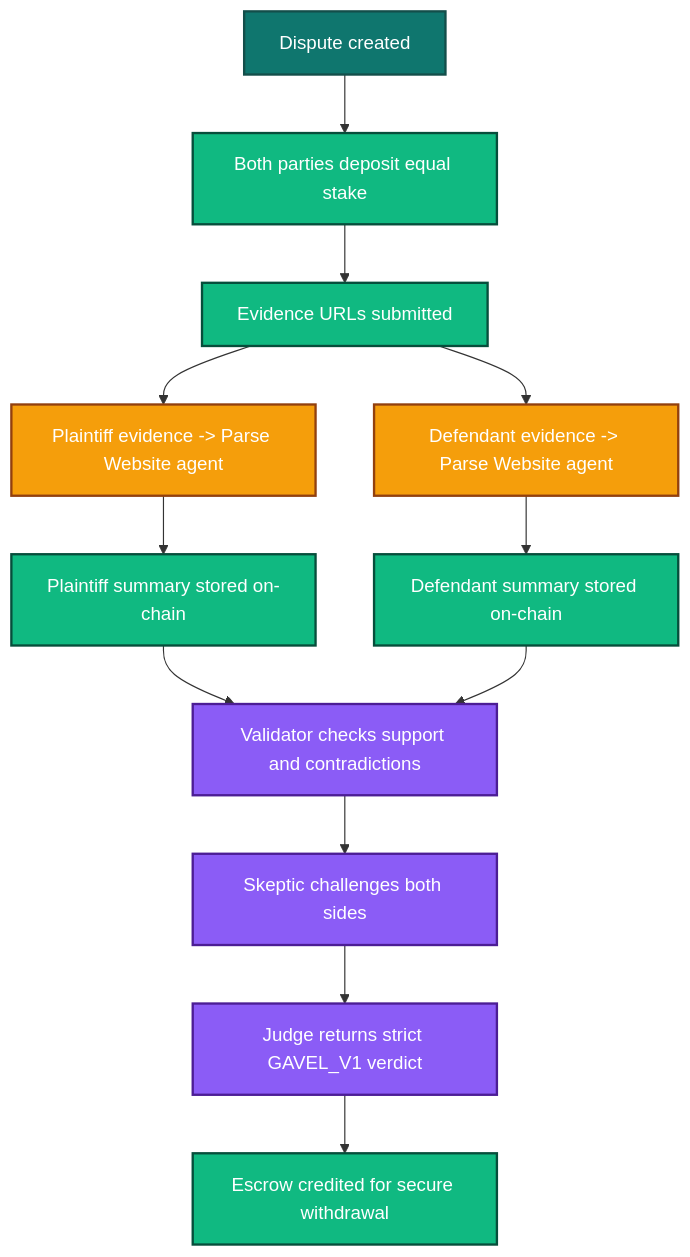
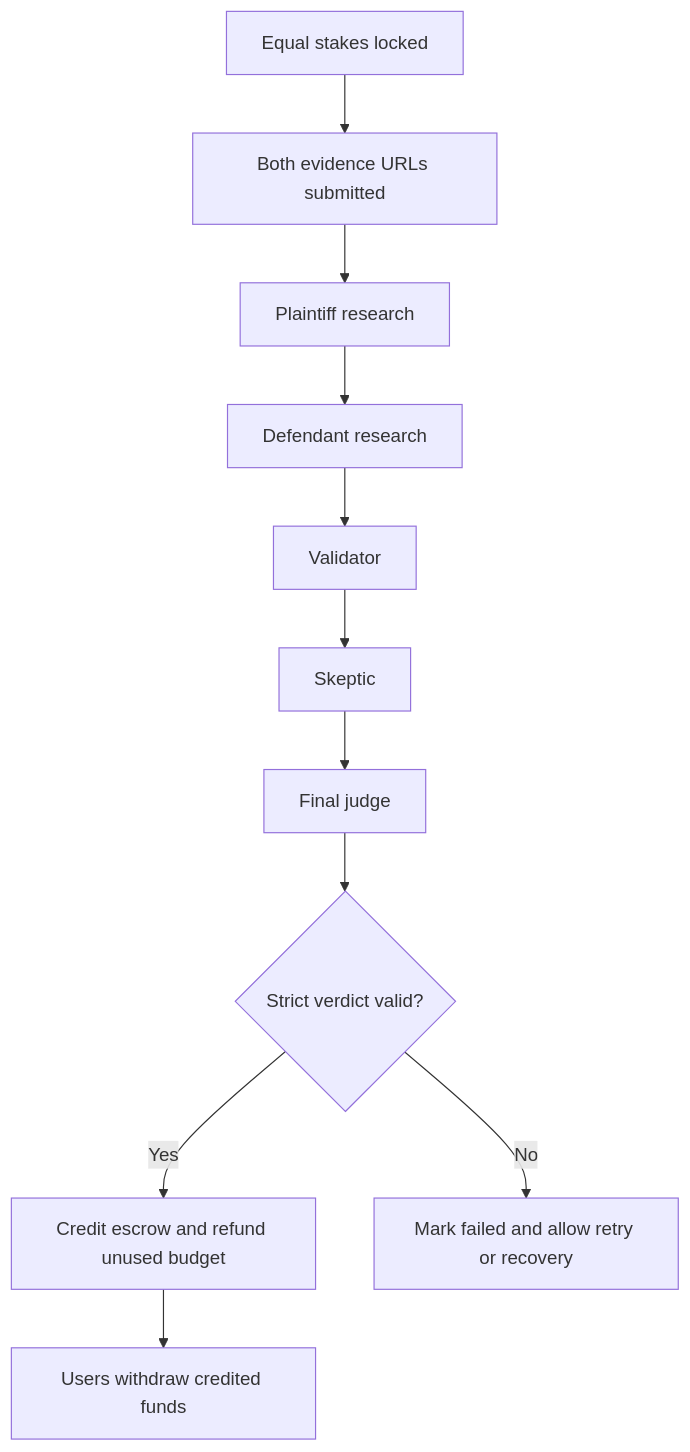
Before and after one commit to NikhilRaikwar/Gavel: the first of 2 diagrams in README.md, drawn with Mermaid. The commit also changed other lines of this file and 17 other files, not shown here.

````diff
--- a/README.md
+++ b/README.md
@@ -181,20 +53,13 @@
 ```mermaid
 flowchart TD
-  classDef start fill:#0f766e,stroke:#134e4a,color:#ffffff,stroke-width:2px;
-  classDef research fill:#f59e0b,stroke:#92400e,color:#ffffff,stroke-width:2px;
-  classDef judge fill:#8b5cf6,stroke:#4c1d95,color:#ffffff,stroke-width:2px;
-  classDef escrow fill:#10b981,stroke:#064e3b,color:#ffffff,stroke-width:2px;
-  classDef warn fill:#ef4444,stroke:#7f1d1d,color:#ffffff,stroke-width:2px;
-
-  A[Dispute created]:::start --> B[Both parties deposit equal stake]:::escrow
-  B --> C[Evidence URLs submitted]:::escrow
-  C --> D[Plaintiff evidence -> Parse Website agent]:::research
-  C --> E[Defendant evidence -> Parse Website agent]:::research
-  D --> F[Plaintiff summary stored on-chain]:::escrow
-  E --> G[Defendant summary stored on-chain]:::escrow
-  F --> H[Validator checks support and contradictions]:::judge
-  G --> H
-  H --> I[Skeptic challenges both sides]:::judge
-  I --> J[Judge returns strict GAVEL_V1 verdict]:::judge
-  J --> K[Escrow credited for secure withdrawal]:::escrow
+  A[Equal stakes locked] --> B[Both evidence URLs submitted]
+  B --> C[Plaintiff research]
+  C --> D[Defendant research]
+  D --> E[Validator]
+  E --> F[Skeptic]
+  F --> G[Final judge]
+  G --> H{Strict verdict valid?}
+  H -->|Yes| I[Credit escrow and refund unused budget]
+  H -->|No| J[Mark failed and allow retry or recovery]
+  I --> K[Users withdraw credited funds]
 ```
````
